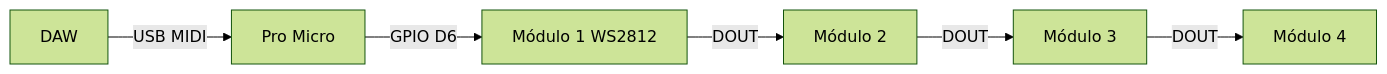
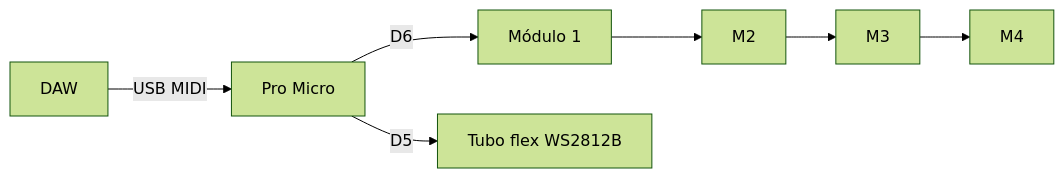
Before and after one commit to andreysenes/light: the diagram in docs/01-ARQUITETURA-MODULAR.md, drawn with Mermaid (forest theme). The commit also changed other lines of this file and 6 other files, not shown here.

Commit message:
docs: tubo flex integrado na documentação v0

````diff
--- a/docs/01-ARQUITETURA-MODULAR.md
+++ b/docs/01-ARQUITETURA-MODULAR.md
@@ -15,8 +16,7 @@
 ```mermaid
 flowchart LR
     DAW[DAW] -->|USB MIDI| PM[Pro Micro]
-    PM -->|GPIO D6| M1[Módulo 1 WS2812]
-    M1 -->|DOUT| M2[Módulo 2]
-    M2 -->|DOUT| M3[Módulo 3]
-    M3 -->|DOUT| M4[Módulo 4]
+    PM -->|D6| M1[Módulo 1]
+    M1 --> M2 --> M3 --> M4
+    PM -->|D5| TUB[Tubo flex WS2812B]
 ```
````
